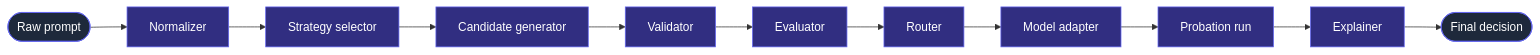
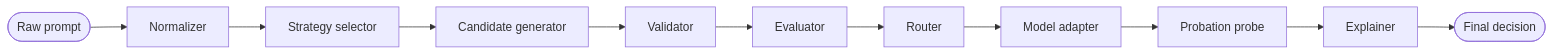
The first of 3 diagrams in docs/architecture.md (benzlokzik/prompt-autoimprove), drawn with Mermaid before and after one commit. The commit also changed other lines of this file and 20 other files, not shown here.

````diff
--- a/docs/architecture.md
+++ b/docs/architecture.md
@@ -9,18 +9,13 @@
 ```mermaid
 flowchart LR
     user([Raw prompt]) --> normalizer[Normalizer]
     normalizer --> selector[Strategy selector]
     selector --> generator[Candidate generator]
     generator --> validator[Validator]
     validator --> evaluator[Evaluator]
     evaluator --> router[Router]
     router --> adapter[Model adapter]
-    adapter --> probation[Probation run]
+    adapter --> probation[Probation probe]
     probation --> explainer[Explainer]
     explainer --> result([Final decision])
-
-    classDef io fill:#1e293b,stroke:#6366f1,color:#fff
-    classDef core fill:#312e81,stroke:#6366f1,color:#fff
-    class user,result io
-    class normalizer,selector,generator,validator,evaluator,router,adapter,probation,explainer core
 ```
````
